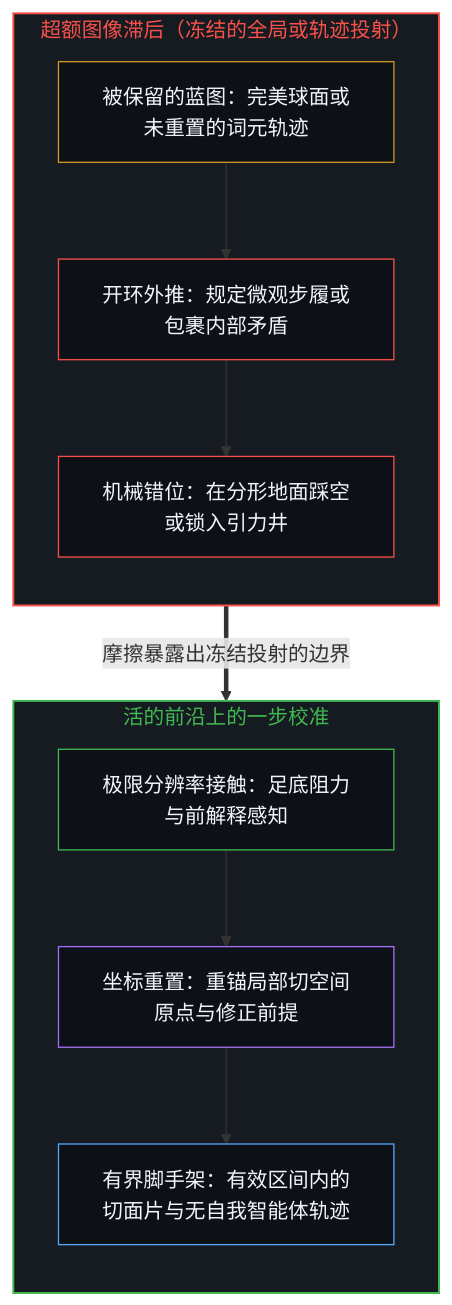
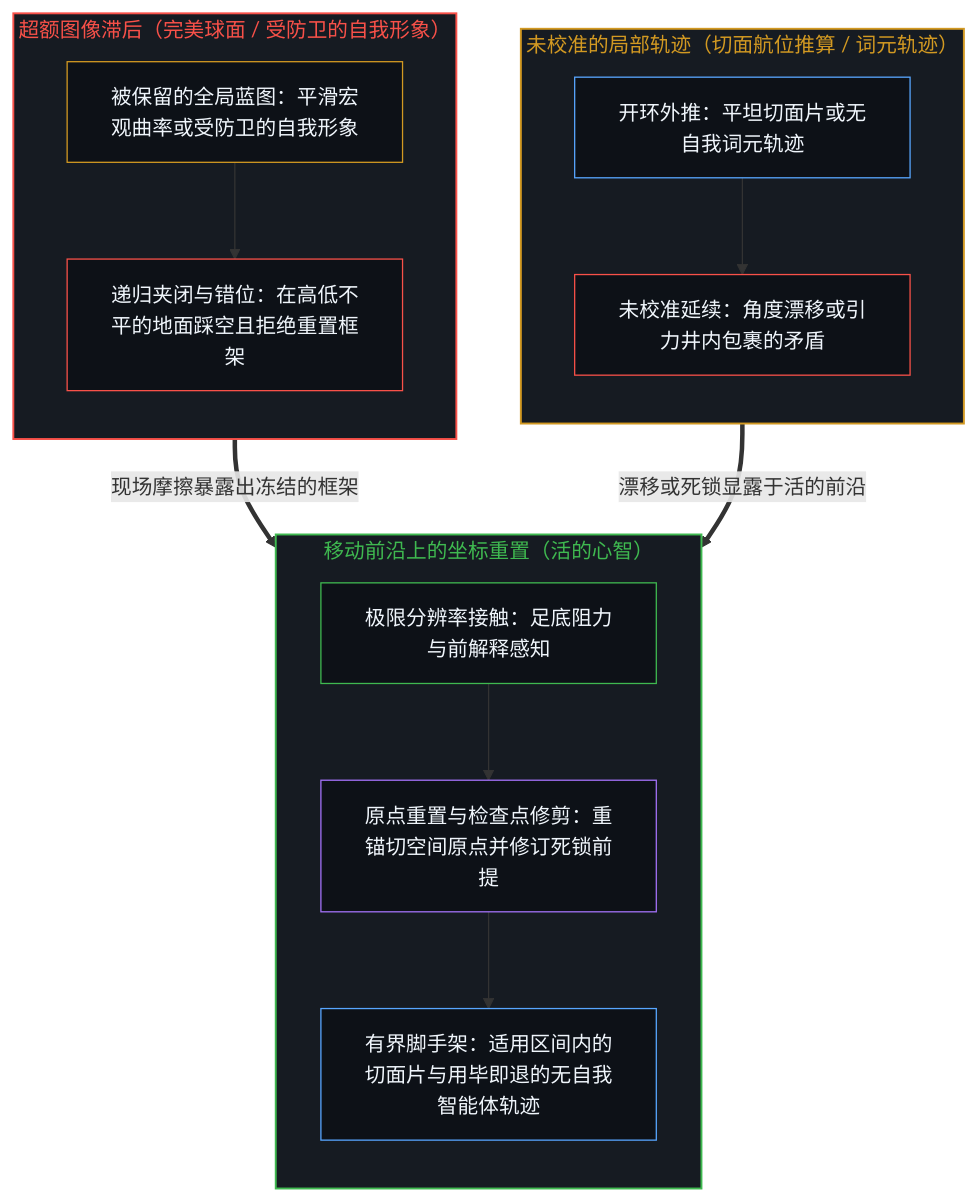
The first of 2 diagrams in content/posts/the-walking-tangent-and-the-stumbling-sphere.md (powerpig99/not-a-toe), drawn with Mermaid before and after one commit. The commit also changed other lines of this file and 9 other files, not shown here.

````diff
--- a/content/posts/the-walking-tangent-and-the-stumbling-sphere.md
+++ b/content/posts/the-walking-tangent-and-the-stumbling-sphere.md
@@ -47,26 +61,34 @@
 ```mermaid
 flowchart TD
-    subgraph S_Frozen ["超额图像滞后（冻结的全局或轨迹投射）"]
+    subgraph S_Local ["未校准的局部轨迹（切面航位推算 / 词元轨迹）"]
         direction TB
-        MacroModel["被保留的蓝图：完美球面或未重置的词元轨迹"]
-        OpenLoop["开环外推：规定微观步履或包裹内部矛盾"]
-        Stumble["机械错位：在分形地面踩空或锁入引力井"]
-        MacroModel --> OpenLoop --> Stumble
+        LocalStep["开环外推：平坦切面片或无自我词元轨迹"]
+        DriftWell["未校准延续：角度漂移或引力井内包裹的矛盾"]
+        LocalStep --> DriftWell
     end
-    subgraph S_Recal ["活的前沿上的一步校准"]
+    subgraph S_Frozen ["超额图像滞后（完美球面 / 受防卫的自我形象）"]
+        direction TB
+        MacroModel["被保留的全局蓝图：平滑宏观曲率或受防卫的自我形象"]
+        Stumble["递归夹闭与错位：在高低不平的地面踩空且拒绝重置框架"]
+        MacroModel --> Stumble
+    end
+    subgraph S_Recal ["移动前沿上的坐标重置（活的心智）"]
         direction TB
         Contact["极限分辨率接触：足底阻力与前解释感知"]
-        Reset["坐标重置：重锚局部切空间原点与修正前提"]
-        Medium["有界脚手架：有效区间内的切面片与无自我智能体轨迹"]
+        Reset["原点重置与检查点修剪：重锚切空间原点并修订死锁前提"]
+        Medium["有界脚手架：适用区间内的切面片与用毕即退的无自我智能体轨迹"]
         Contact --> Reset --> Medium
     end
-    Stumble ==>|"摩擦暴露出冻结投射的边界"| Contact
+    DriftWell ==>|"漂移或死锁显露于活的前沿"| Contact
+    Stumble ==>|"现场摩擦暴露出冻结的框架"| Contact
+    style S_Local fill:#161b22,stroke:#d29922,stroke-width:1.5px,color:#d29922
     style S_Frozen fill:#161b22,stroke:#f85149,stroke-width:1.5px,color:#f85149
     style S_Recal fill:#161b22,stroke:#3fb950,stroke-width:1.5px,color:#3fb950
+    style LocalStep fill:#0d1117,stroke:#58a6ff,stroke-width:1px,color:#f0f6fc
+    style DriftWell fill:#0d1117,stroke:#f85149,stroke-width:1px,color:#f0f6fc
     style MacroModel fill:#0d1117,stroke:#d29922,stroke-width:1px,color:#f0f6fc
-    style OpenLoop fill:#0d1117,stroke:#f85149,stroke-width:1px,color:#f0f6fc
     style Stumble fill:#0d1117,stroke:#f85149,stroke-width:1px,color:#f0f6fc
     style Contact fill:#0d1117,stroke:#3fb950,stroke-width:1px,color:#f0f6fc
     style Reset fill:#0d1117,stroke:#a371f7,stroke-width:1px,color:#f0f6fc
     style Medium fill:#0d1117,stroke:#58a6ff,stroke-width:1px,color:#f0f6fc
 ```
````
